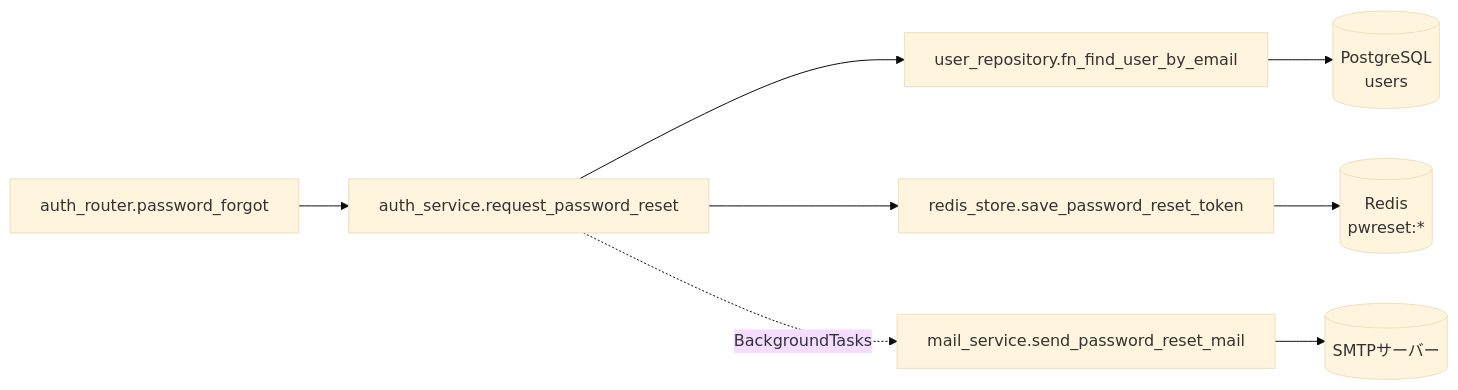
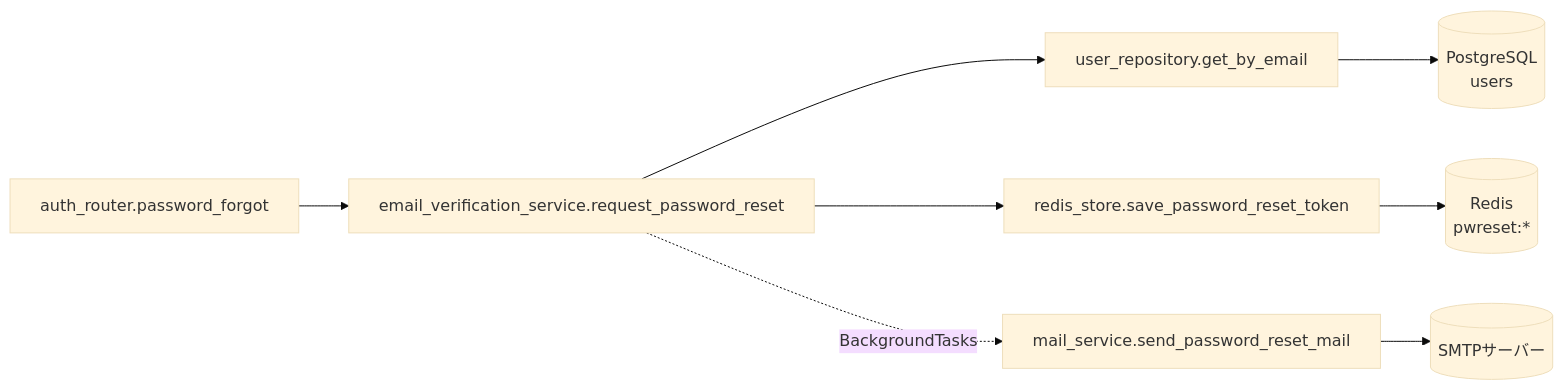
Before and after one commit to oikawa-d/task_management: the third of 4 diagrams in docs/detailed_design/api/auth/09_post_auth_password_forgot.md, drawn with Mermaid (base theme). The commit also changed other lines of this file and 33 other files, not shown here.

````diff
--- a/docs/detailed_design/api/auth/09_post_auth_password_forgot.md
+++ b/docs/detailed_design/api/auth/09_post_auth_password_forgot.md
@@ -183,10 +183,10 @@
 ```mermaid
 flowchart LR
-    R["auth_router.password_forgot"] --> S["auth_service.request_password_reset"]
-    S --> UR["user_repository.fn_find_user_by_email"]
+    R["auth_router.password_forgot"] --> S["email_verification_service.request_password_reset"]
+    S --> UR["user_repository.get_by_email"]
     S --> RD["redis_store.save_password_reset_token"]
     S -.->|"BackgroundTasks"| MS["mail_service.send_password_reset_mail"]
     UR --> PG[("PostgreSQL<br/>users")]
     RD --> REDIS[("Redis<br/>pwreset:*")]
     MS --> SMTP[("SMTPサーバー")]
 ```
````
